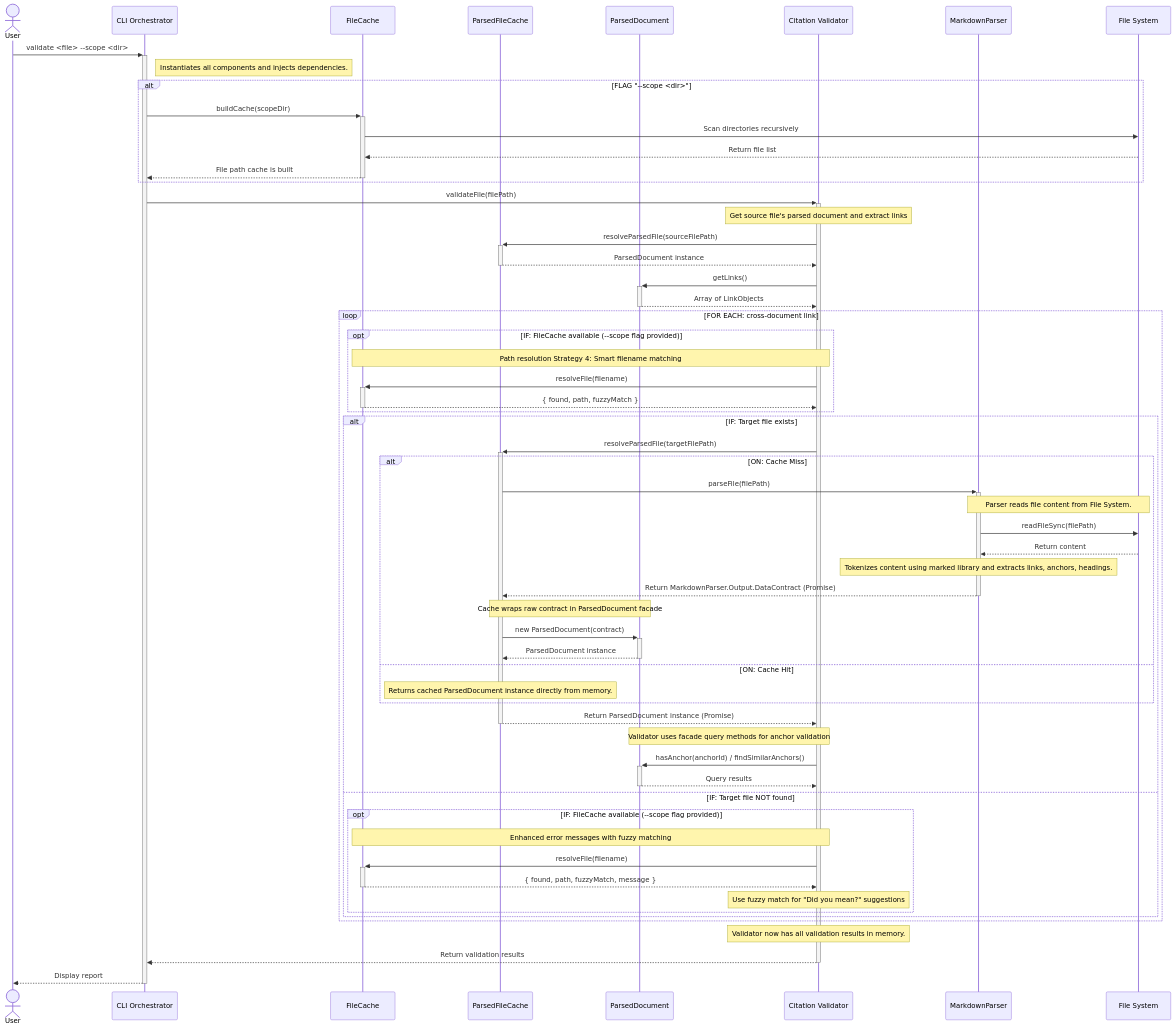
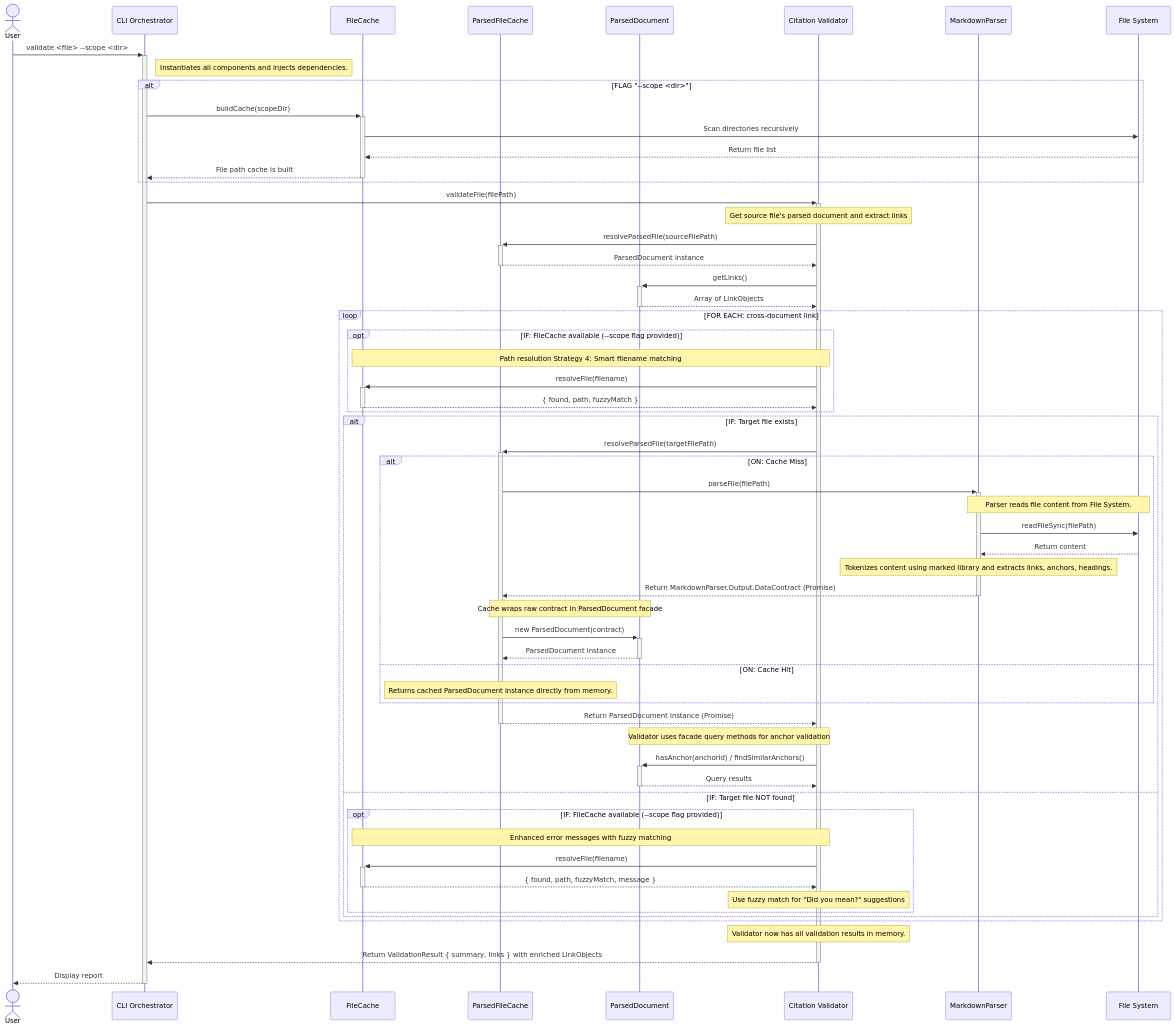
The third of 5 diagrams in tools/citation-manager/design-docs/features/20251003-content-aggregation/content-aggregation-architecture.md (WesleyMFrederick/cc-workflows), drawn with Mermaid before and after one commit. The commit also changed other lines of this file and 7 other files, not shown here.

````diff
--- a/tools/citation-manager/design-docs/features/20251003-content-aggregation/content-aggregation-architecture.md
+++ b/tools/citation-manager/design-docs/features/20251003-content-aggregation/content-aggregation-architecture.md
@@ -368,80 +368,80 @@
 ```mermaid
 sequenceDiagram
     actor User
     participant CLI as CLI Orchestrator
     participant FileCache
     participant ParsedCache as ParsedFileCache
     participant ParsedDoc as ParsedDocument
     participant Validator as Citation Validator
     participant Parser as MarkdownParser
     participant FS as File System
 
     User->>+CLI: validate <file> --scope <dir>
 
     note right of CLI: Instantiates all components and injects dependencies.
 
     alt FLAG "--scope <dir>"
         CLI->>+FileCache: buildCache(scopeDir)
         FileCache->>FS: Scan directories recursively
         FS-->>FileCache: Return file list
         FileCache-->>-CLI: File path cache is built
     end
 
     CLI->>+Validator: validateFile(filePath)
 
     note over Validator: Get source file's parsed document and extract links
     Validator->>+ParsedCache: resolveParsedFile(sourceFilePath)
     ParsedCache-->>-Validator: ParsedDocument instance
     Validator->>+ParsedDoc: getLinks()
     ParsedDoc-->>-Validator: Array of LinkObjects
 
     loop FOR EACH: cross-document link
 
         opt IF: FileCache available (--scope flag provided)
             note over Validator, FileCache: Path resolution Strategy 4: Smart filename matching
             Validator->>+FileCache: resolveFile(filename)
             FileCache-->>-Validator: { found, path, fuzzyMatch }
         end
 
         alt IF: Target file exists
             Validator->>+ParsedCache: resolveParsedFile(targetFilePath)
 
             alt ON: Cache Miss
                 ParsedCache->>+Parser: parseFile(filePath)
 
                 note over Parser, FS: Parser reads file content from File System.
                 Parser->>FS: readFileSync(filePath)
                 FS-->>Parser: Return content
 
                 note over Parser: Tokenizes content using marked library and extracts links, anchors, headings.
 
                 Parser-->>-ParsedCache: Return MarkdownParser.Output.DataContract (Promise)
 
                 note over ParsedCache, ParsedDoc: Cache wraps raw contract in ParsedDocument facade
                 ParsedCache->>+ParsedDoc: new ParsedDocument(contract)
                 ParsedDoc-->>-ParsedCache: ParsedDocument instance
             else ON: Cache Hit
                 note over ParsedCache: Returns cached ParsedDocument instance directly from memory.
             end
 
             ParsedCache-->>-Validator: Return ParsedDocument instance (Promise)
 
             note over Validator, ParsedDoc: Validator uses facade query methods for anchor validation
             Validator->>+ParsedDoc: hasAnchor(anchorId) / findSimilarAnchors()
             ParsedDoc-->>-Validator: Query results
 
         else IF: Target file NOT found
             opt IF: FileCache available (--scope flag provided)
                 note over Validator, FileCache: Enhanced error messages with fuzzy matching
                 Validator->>+FileCache: resolveFile(filename)
                 FileCache-->>-Validator: { found, path, fuzzyMatch, message }
                 note over Validator: Use fuzzy match for "Did you mean?" suggestions
             end
         end
     end
 
     note over Validator: Validator now has all validation results in memory.
 
-    Validator-->>-CLI: Return validation results
+    Validator-->>-CLI: Return ValidationResult { summary, links } with enriched LinkObjects
     CLI-->>-User: Display report
 ```
````
